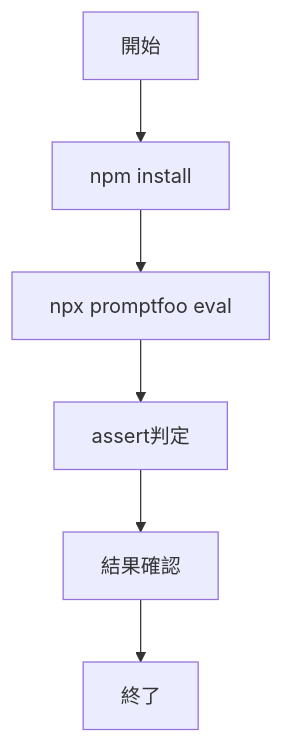
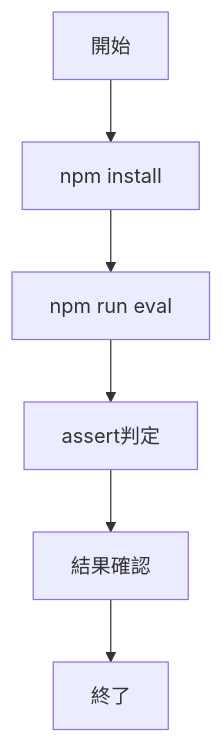
The second of 2 diagrams in docs/05-evaluation/01-promptfoo.md (duwenji/generative-ai-oss-tutorials), drawn with Mermaid before and after one commit. The commit also changed other lines of this file and 6 other files, not shown here.

````diff
--- a/docs/05-evaluation/01-promptfoo.md
+++ b/docs/05-evaluation/01-promptfoo.md
@@ -41,8 +42,8 @@
 ```mermaid
 flowchart TD
   S[開始] --> I[npm install]
-  I --> E[npx promptfoo eval]
+  I --> E[npm run eval]
   E --> A[assert判定]
   A --> R[結果確認]
   R --> X[終了]
 ```
````
